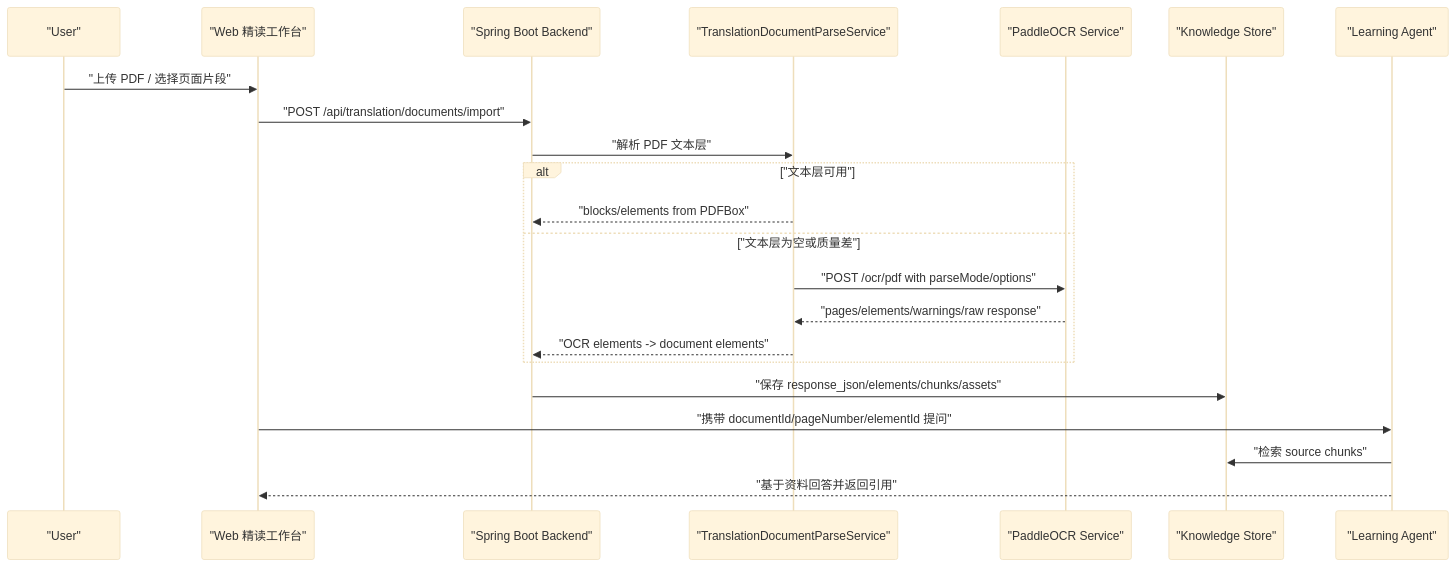
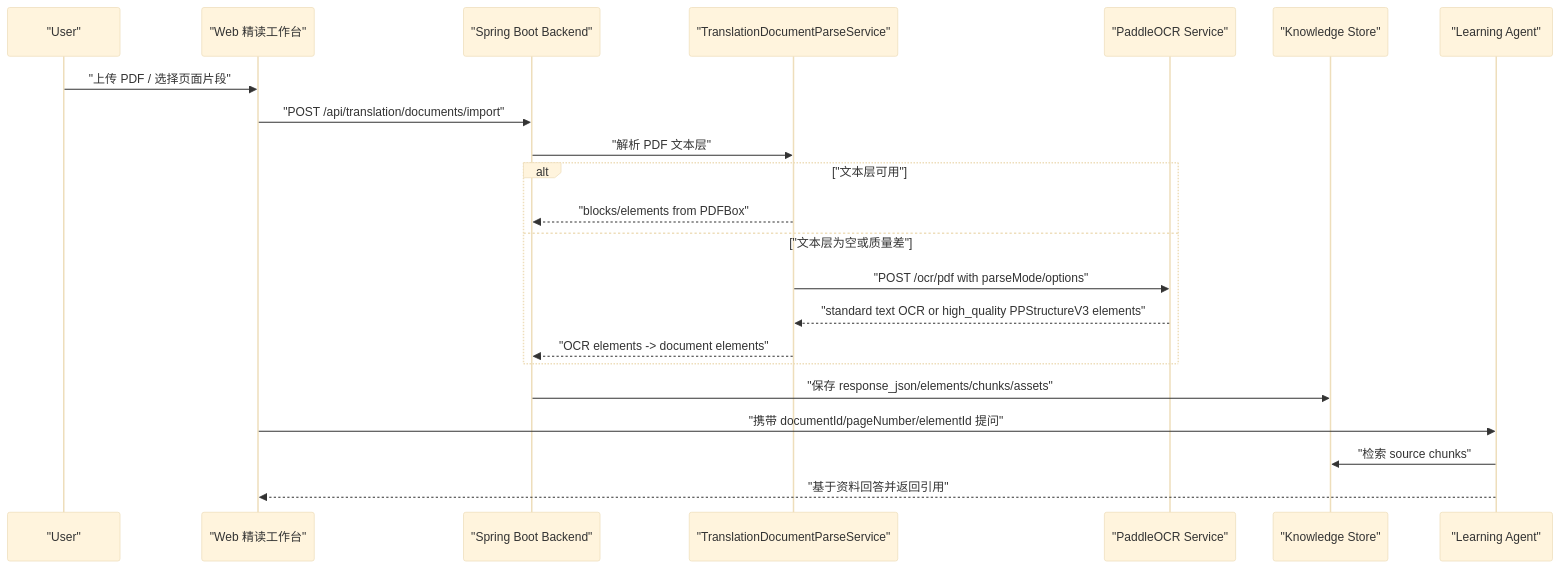
One commit to LiMing0016/personalenglishai changed the diagram in docs/architecture/PaddleOCR高质量文档解析方案.md. Above: the diagram before and after it, drawn with Mermaid (base theme). The commit also changed other lines of this file and 10 other files, not shown here.

````diff
--- a/docs/architecture/PaddleOCR高质量文档解析方案.md
+++ b/docs/architecture/PaddleOCR高质量文档解析方案.md
@@ -165,25 +167,25 @@
 ```mermaid
 sequenceDiagram
   participant User as "User"
   participant Web as "Web 精读工作台"
   participant Backend as "Spring Boot Backend"
   participant Parser as "TranslationDocumentParseService"
   participant OCR as "PaddleOCR Service"
   participant Store as "Knowledge Store"
   participant Agent as "Learning Agent"
 
   User->>Web: "上传 PDF / 选择页面片段"
   Web->>Backend: "POST /api/translation/documents/import"
   Backend->>Parser: "解析 PDF 文本层"
   alt "文本层可用"
     Parser-->>Backend: "blocks/elements from PDFBox"
   else "文本层为空或质量差"
     Parser->>OCR: "POST /ocr/pdf with parseMode/options"
-    OCR-->>Parser: "pages/elements/warnings/raw response"
+    OCR-->>Parser: "standard text OCR or high_quality PPStructureV3 elements"
     Parser-->>Backend: "OCR elements -> document elements"
   end
   Backend->>Store: "保存 response_json/elements/chunks/assets"
   Web->>Agent: "携带 documentId/pageNumber/elementId 提问"
   Agent->>Store: "检索 source chunks"
   Agent-->>Web: "基于资料回答并返回引用"
 ```
````
